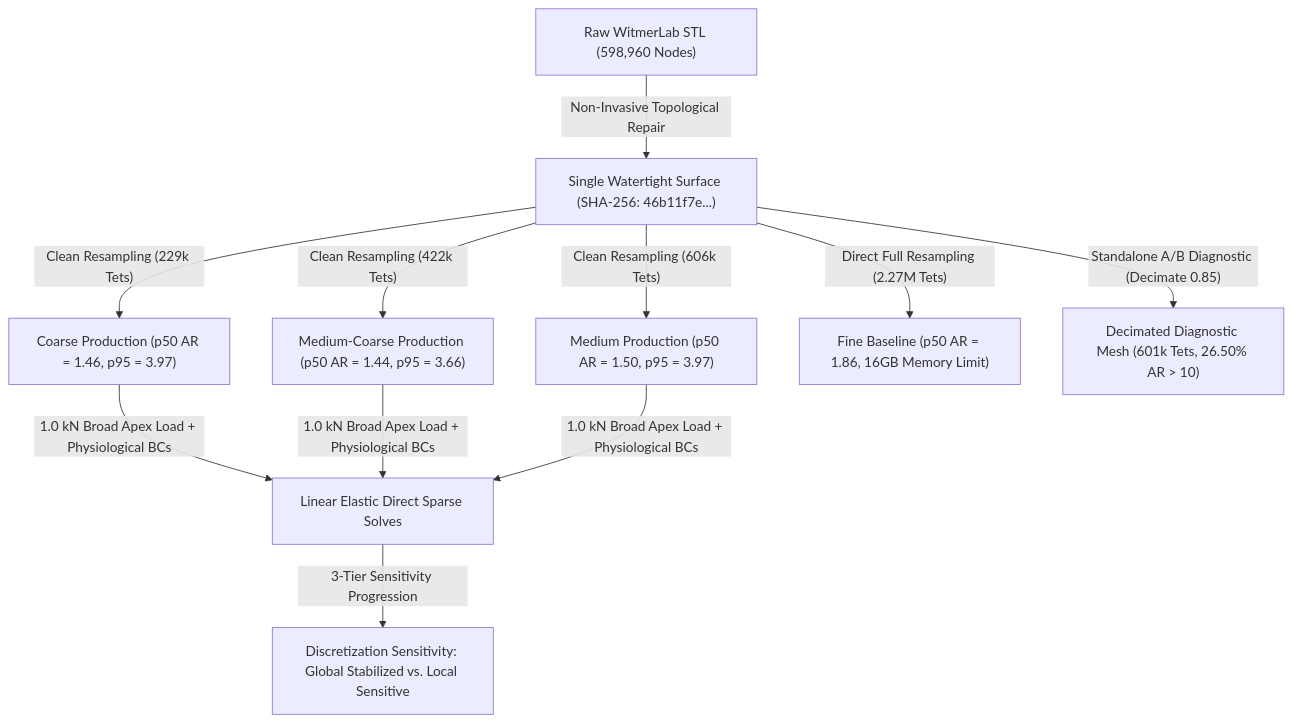
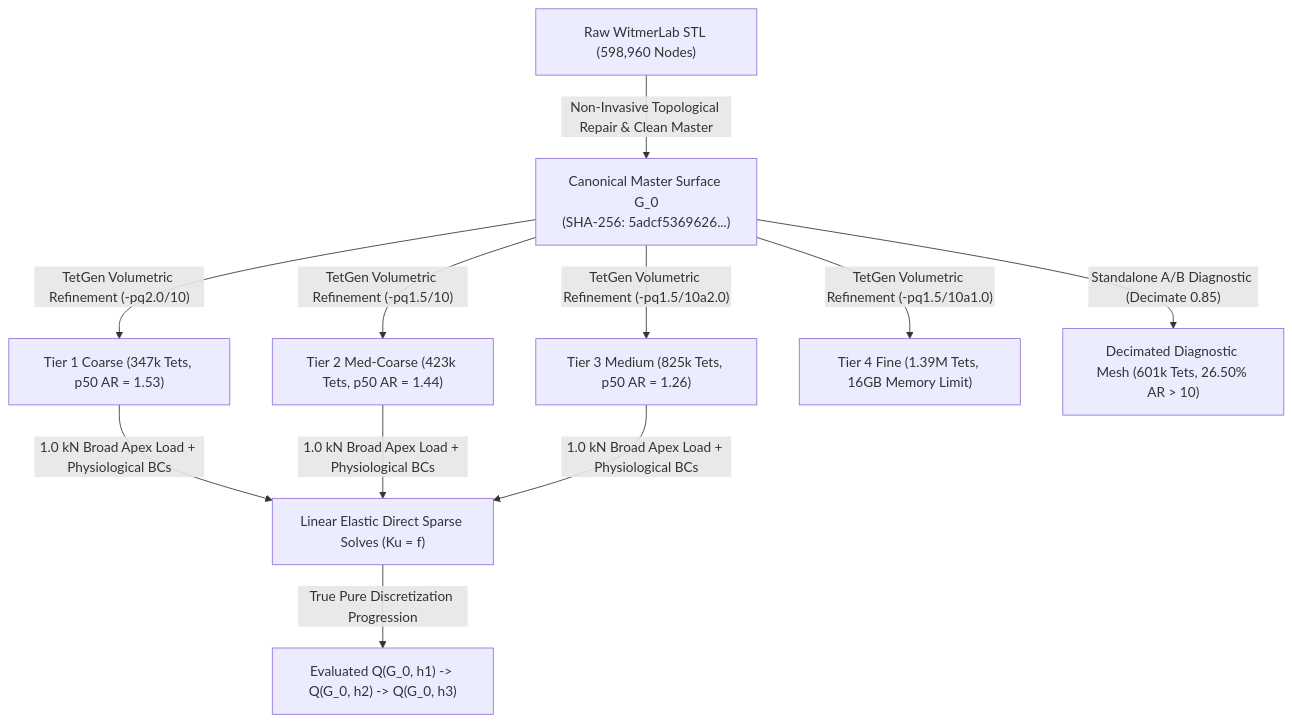
The diagram in reports/phase4_fea_benchmark_report.md (mdhornstein/pachycephalosaur-biomechanics), drawn with Mermaid before and after one commit. The commit also changed other lines of this file and 12 other files, not shown here.

Commit message:
fix(phase4): enforce byte-identical boundary surface hash across all production tiers and refine purely through TetGen volumetric parameters

````diff
--- a/reports/phase4_fea_benchmark_report.md
+++ b/reports/phase4_fea_benchmark_report.md
@@ -25,11 +25,11 @@
 ```mermaid
 flowchart TD
-    A["Raw WitmerLab STL (598,960 Nodes)"] -->|"Non-Invasive Topological Repair"| B["Single Watertight Surface (SHA-256: 46b11f7e...)"]
-    B -->|"Clean Resampling (229k Tets)"| C1["Coarse Production (p50 AR = 1.46, p95 = 3.97)"]
-    B -->|"Clean Resampling (422k Tets)"| C2["Medium-Coarse Production (p50 AR = 1.44, p95 = 3.66)"]
-    B -->|"Clean Resampling (606k Tets)"| C3["Medium Production (p50 AR = 1.50, p95 = 3.97)"]
-    B -->|"Direct Full Resampling (2.27M Tets)"| C4["Fine Baseline (p50 AR = 1.86, 16GB Memory Limit)"]
+    A["Raw WitmerLab STL (598,960 Nodes)"] -->|"Non-Invasive Topological Repair & Clean Master"| B["Canonical Master Surface G_0\n(SHA-256: 5adcf5369626...)"]
+    B -->|"TetGen Volumetric Refinement (-pq2.0/10)"| C1["Tier 1 Coarse (347k Tets, p50 AR = 1.53)"]
+    B -->|"TetGen Volumetric Refinement (-pq1.5/10)"| C2["Tier 2 Med-Coarse (423k Tets, p50 AR = 1.44)"]
+    B -->|"TetGen Volumetric Refinement (-pq1.5/10a2.0)"| C3["Tier 3 Medium (825k Tets, p50 AR = 1.26)"]
+    B -->|"TetGen Volumetric Refinement (-pq1.5/10a1.0)"| C4["Tier 4 Fine (1.39M Tets, 16GB Memory Limit)"]
     B -->|"Standalone A/B Diagnostic (Decimate 0.85)"| C_diag["Decimated Diagnostic Mesh (601k Tets, 26.50% AR > 10)"]
-    C1 & C2 & C3 -->|"1.0 kN Broad Apex Load + Physiological BCs"| D["Linear Elastic Direct Sparse Solves"]
-    D -->|"3-Tier Sensitivity Progression"| E["Discretization Sensitivity: Global Stabilized vs. Local Sensitive"]
+    C1 & C2 & C3 -->|"1.0 kN Broad Apex Load + Physiological BCs"| D["Linear Elastic Direct Sparse Solves (Ku = f)"]
+    D -->|"True Pure Discretization Progression"| E["Evaluated Q(G_0, h1) -> Q(G_0, h2) -> Q(G_0, h3)"]
 ```
````
